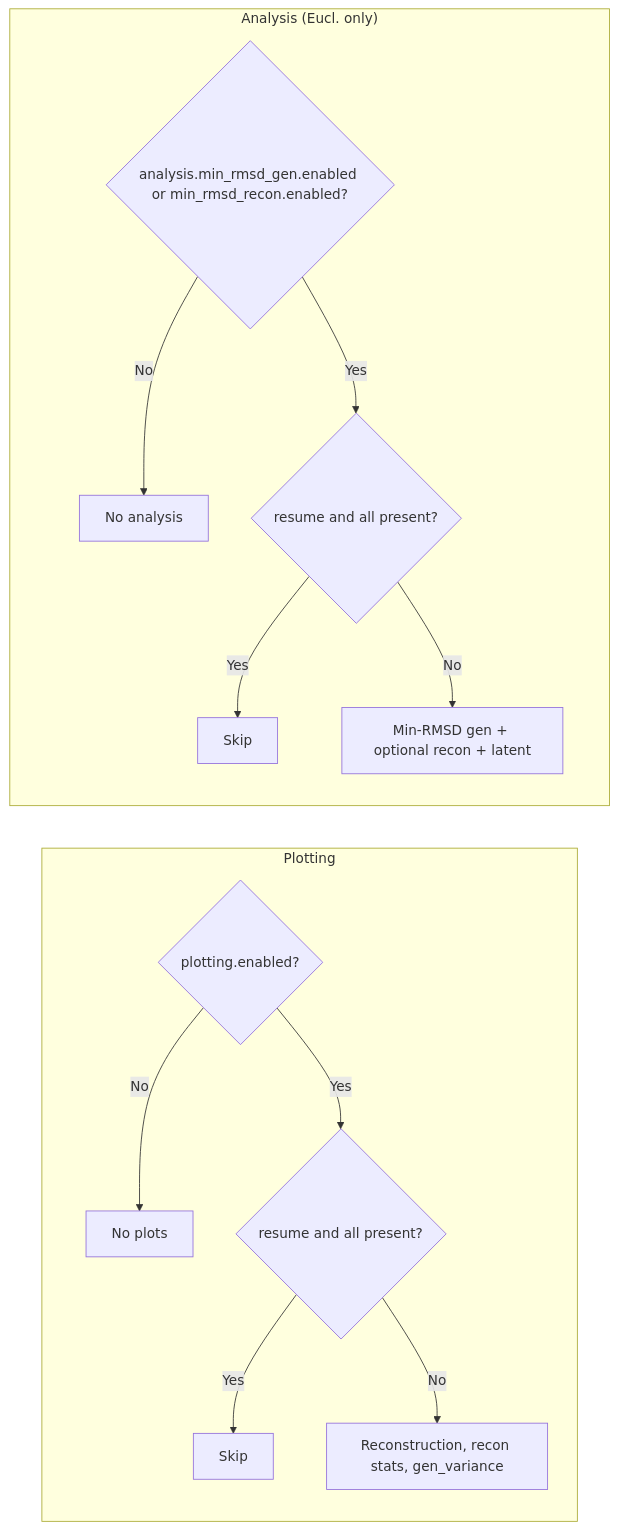
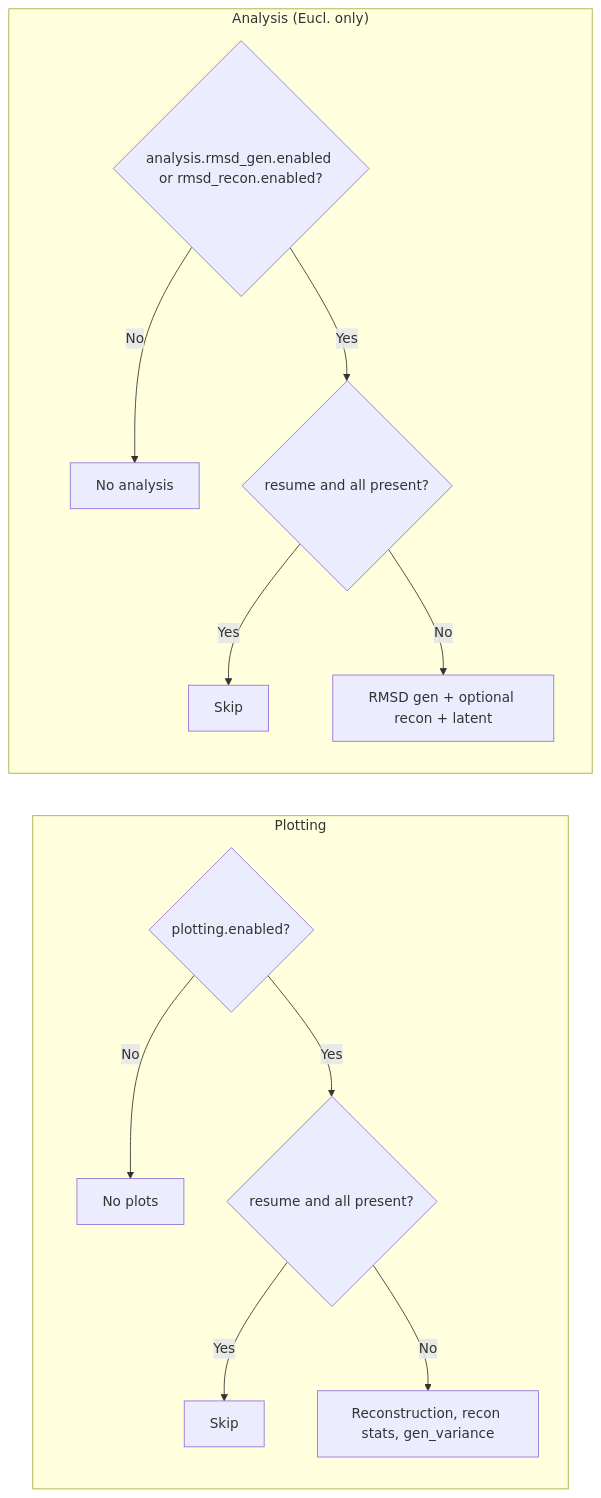
Before and after one commit to AKuhn100/Euclideanizer_Pipeline: the third of 3 diagrams in README.md, drawn with Mermaid. The commit also changed other lines of this file and 5 other files, not shown here.

````diff
--- a/README.md
+++ b/README.md
@@ -285,18 +285,18 @@
 ```mermaid
 flowchart LR
     subgraph plot["Plotting"]
         P1{"plotting.enabled?"}
         P1 -->|No| P2["No plots"]
         P1 -->|Yes| P3{"resume and all present?"}
         P3 -->|Yes| P4["Skip"]
         P3 -->|No| P5["Reconstruction, recon stats, gen_variance"]
     end
 
     subgraph analysis["Analysis (Eucl. only)"]
-        A1{"analysis.min_rmsd_gen.enabled or min_rmsd_recon.enabled?"}
+        A1{"analysis.rmsd_gen.enabled or rmsd_recon.enabled?"}
         A1 -->|No| A2["No analysis"]
         A1 -->|Yes| A3{"resume and all present?"}
         A3 -->|Yes| A4["Skip"]
-        A3 -->|No| A5["Min-RMSD gen + optional recon + latent"]
+        A3 -->|No| A5["RMSD gen + optional recon + latent"]
     end
 ```
````
